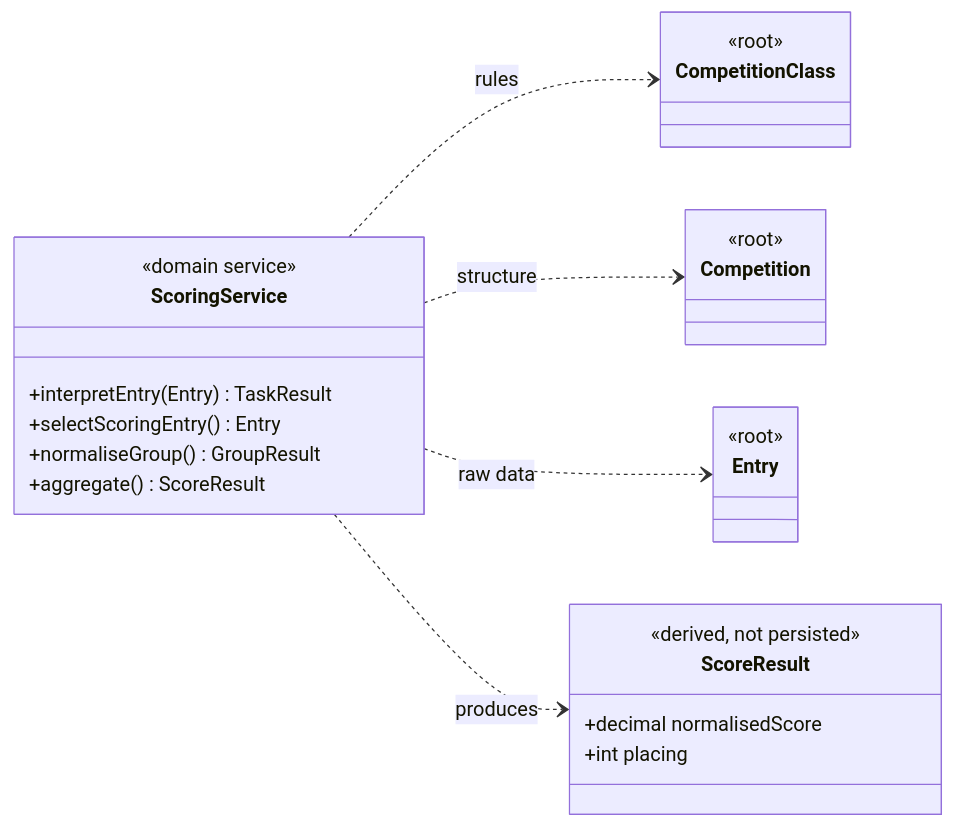
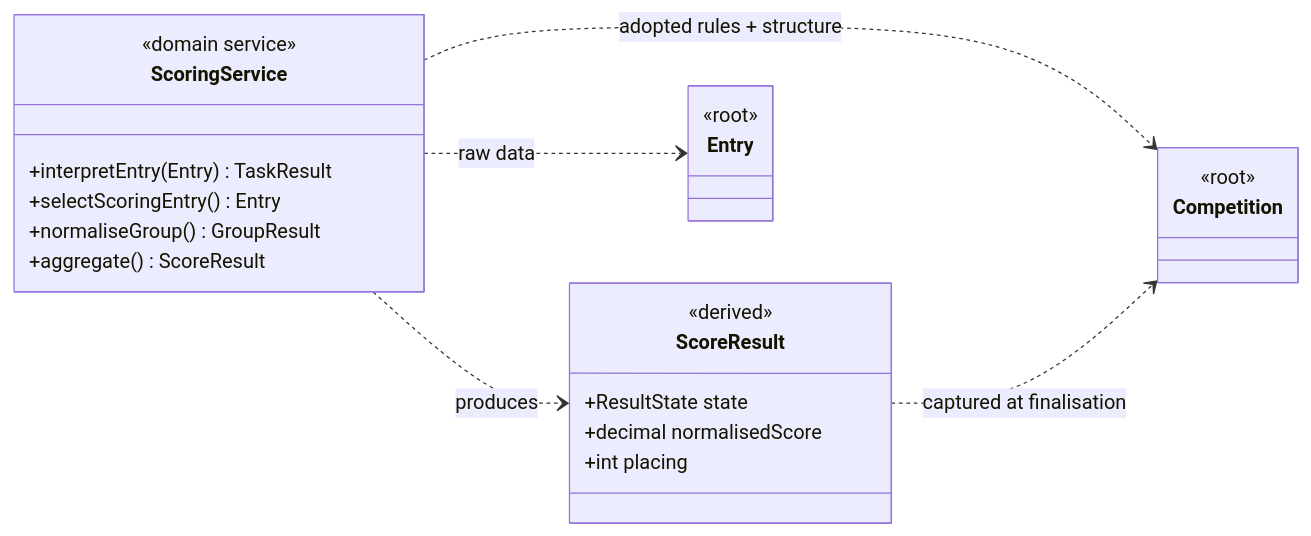
The fifth of 5 diagrams in docs/aggregate-roots.md (petegee/Soarscore2), drawn with Mermaid before and after one commit. The commit also changed other lines of this file and 3 other files, not shown here.

````diff
--- a/docs/aggregate-roots.md
+++ b/docs/aggregate-roots.md
@@ -296,33 +418,31 @@
 ```mermaid
 classDiagram
     direction LR
     class ScoringService {
         <<domain service>>
         +interpretEntry(Entry) TaskResult
         +selectScoringEntry() Entry
         +normaliseGroup() GroupResult
         +aggregate() ScoreResult
     }
     class ScoreResult {
-        <<derived, not persisted>>
+        <<derived>>
+        +ResultState state
         +decimal normalisedScore
         +int placing
-    }
-    class CompetitionClass {
-        <<root>>
     }
     class Competition {
         <<root>>
     }
     class Entry {
         <<root>>
     }
 
-    ScoringService ..> CompetitionClass : rules
-    ScoringService ..> Competition : structure
+    ScoringService ..> Competition : adopted rules + structure
     ScoringService ..> Entry : raw data
     ScoringService ..> ScoreResult : produces
+    ScoreResult ..> Competition : captured at finalisation
 
     classDef external fill:#EEEEEE,stroke:#BDBDBD,stroke-width:1px,color:#555
-    cssClass "CompetitionClass,Competition,Entry" external
+    cssClass "Competition,Entry" external
 ```
````
